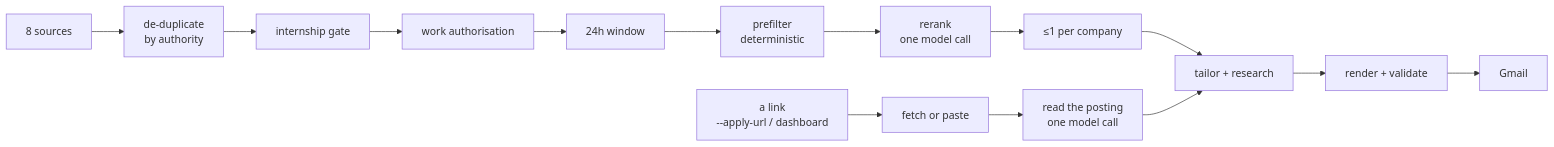
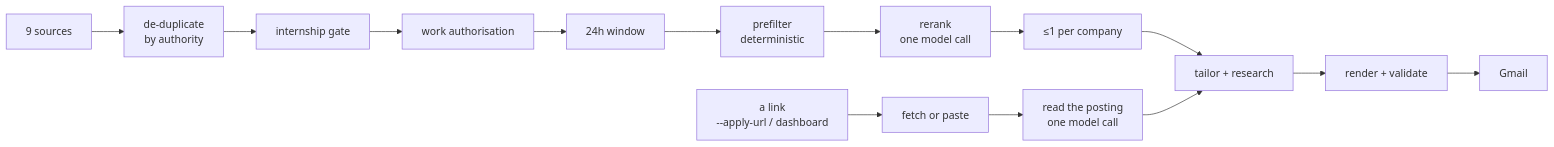
The diagram in README.md (kurieu-mx/Internship_Agreggation_Platform), drawn with Mermaid before and after one commit. The commit also changed other lines of this file and 7 other files, not shown here.

````diff
--- a/README.md
+++ b/README.md
@@ -125,17 +125,17 @@
 ```mermaid
 flowchart LR
-    A[8 sources] --> B[de-duplicate<br/>by authority]
+    A[9 sources] --> B[de-duplicate<br/>by authority]
     B --> C[internship gate]
     C --> D[work authorisation]
     D --> E[24h window]
     E --> F[prefilter<br/>deterministic]
     F --> G[rerank<br/>one model call]
     G --> H[≤1 per company]
     H --> I[tailor + research]
     I --> J[render + validate]
     J --> K[Gmail]
 
     L["a link<br/>--apply-url / dashboard"] --> M[fetch or paste]
     M --> N[read the posting<br/>one model call]
     N --> I
 ```
````
